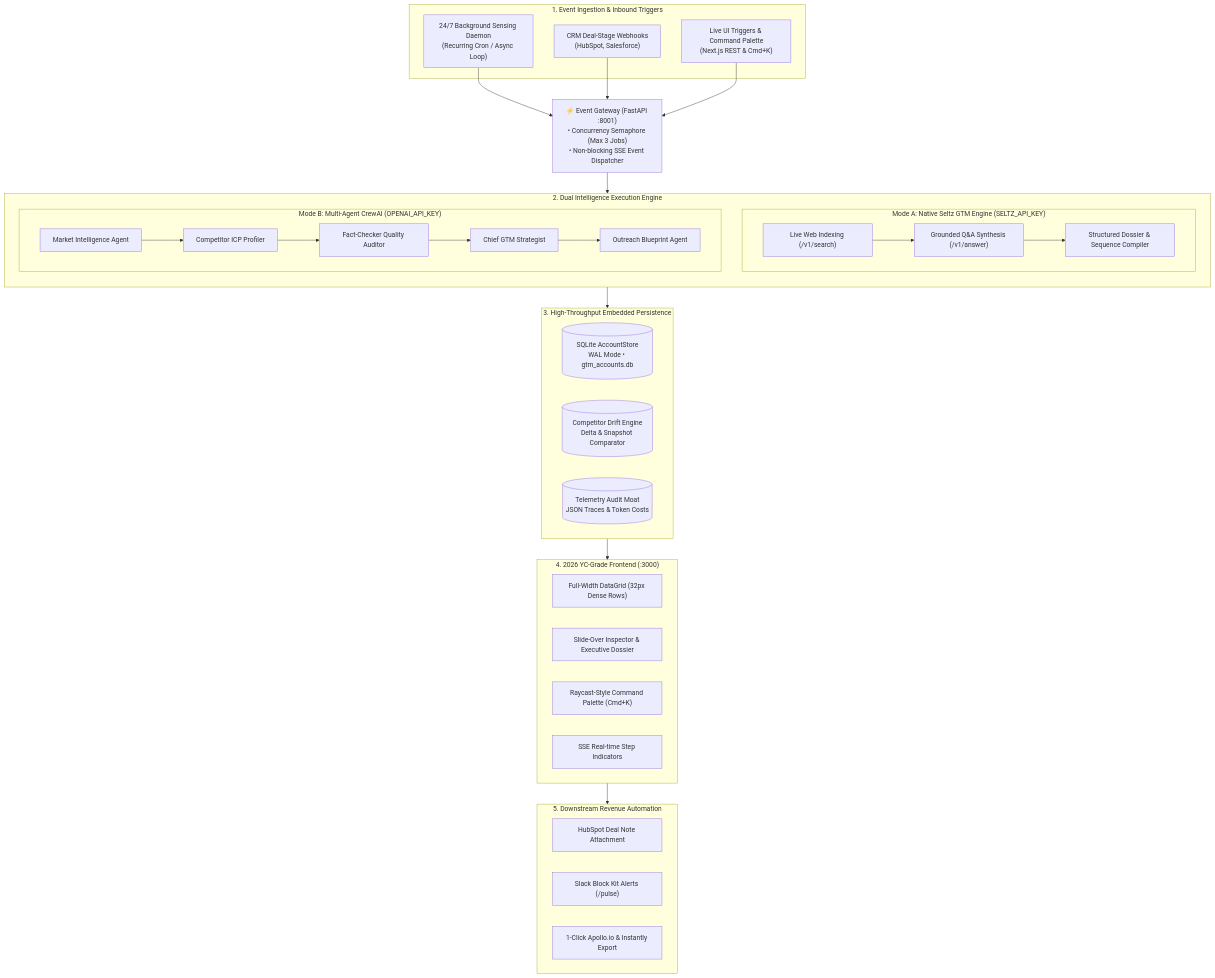
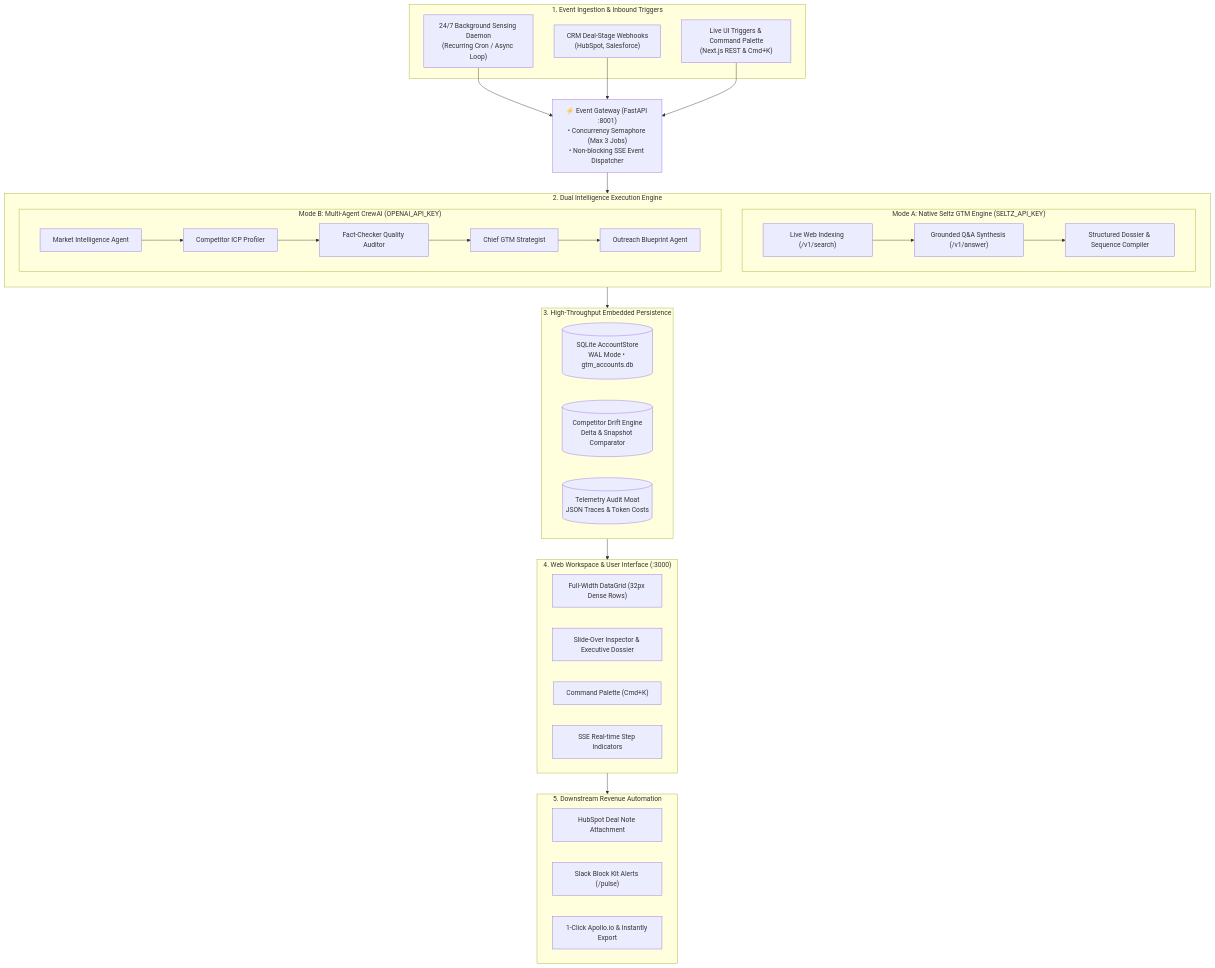
The diagram in README.md (Saumojit30/Pulse), drawn with Mermaid before and after one commit. The commit also changed other lines of this file, not shown here.

````diff
--- a/README.md
+++ b/README.md
@@ -63,59 +63,59 @@
 ```mermaid
 flowchart TD
     subgraph Ingestion ["1. Event Ingestion & Inbound Triggers"]
         Daemon["24/7 Background Sensing Daemon<br/>(Recurring Cron / Async Loop)"]
         CRMInbound["CRM Deal-Stage Webhooks<br/>(HubSpot, Salesforce)"]
         UIEvent["Live UI Triggers & Command Palette<br/>(Next.js REST & Cmd+K)"]
     end
 
     Gateway["⚡ Event Gateway (FastAPI :8001)<br/>• Concurrency Semaphore (Max 3 Jobs)<br/>• Non-blocking SSE Event Dispatcher"]
     Daemon --> Gateway
     CRMInbound --> Gateway
     UIEvent --> Gateway
 
     subgraph DualCore ["2. Dual Intelligence Execution Engine"]
         direction TB
         subgraph SeltzNative ["Mode A: Native Seltz GTM Engine (SELTZ_API_KEY)"]
             SeltzSearch["Live Web Indexing (/v1/search)"]
             SeltzAnswer["Grounded Q&A Synthesis (/v1/answer)"]
             DirectSynth["Structured Dossier & Sequence Compiler"]
             SeltzSearch --> SeltzAnswer --> DirectSynth
         end
 
         subgraph CrewAgents ["Mode B: Multi-Agent CrewAI (OPENAI_API_KEY)"]
             Agent1["Market Intelligence Agent"]
             Agent2["Competitor ICP Profiler"]
             Agent3["Fact-Checker Quality Auditor"]
             Agent4["Chief GTM Strategist"]
             Agent5["Outreach Blueprint Agent"]
             Agent1 --> Agent2 --> Agent3 --> Agent4 --> Agent5
         end
     end
 
     Gateway --> DualCore
 
     subgraph StorageLayer ["3. High-Throughput Embedded Persistence"]
         AccountDB[("SQLite AccountStore<br/>WAL Mode • gtm_accounts.db")]
         DriftDB[("Competitor Drift Engine<br/>Delta & Snapshot Comparator")]
         AuditStore[("Telemetry Audit Moat<br/>JSON Traces & Token Costs")]
     end
 
     DualCore --> StorageLayer
 
-    subgraph Presentation ["4. 2026 YC-Grade Frontend (:3000)"]
+    subgraph Presentation ["4. Web Workspace & User Interface (:3000)"]
         DataGrid["Full-Width DataGrid (32px Dense Rows)"]
         Inspector["Slide-Over Inspector & Executive Dossier"]
-        CmdK["Raycast-Style Command Palette (Cmd+K)"]
+        CmdK["Command Palette (Cmd+K)"]
         LiveStream["SSE Real-time Step Indicators"]
     end
 
     StorageLayer --> Presentation
 
     subgraph RevenueExecution ["5. Downstream Revenue Automation"]
         CRMOut["HubSpot Deal Note Attachment"]
         SlackAlerts["Slack Block Kit Alerts (/pulse)"]
         ApolloExport["1-Click Apollo.io & Instantly Export"]
     end
 
     Presentation --> RevenueExecution
 ```
````
